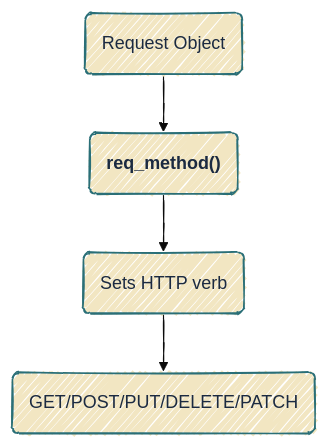
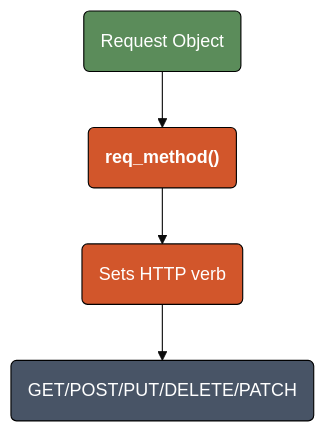
The second of 6 diagrams in r-app-api.qmd (mjfrigaard/do4ds-labs), drawn with Mermaid before and after one commit. The commit also changed other lines of this file and 48 other files, not shown here.

````diff
--- a/r-app-api.qmd
+++ b/r-app-api.qmd
@@ -283,13 +285,16 @@
 ```{mermaid}
 %%| fig-width: 6.5
-%%| fig-align: center
-%%{init: {'theme': 'base', 'look': 'handDrawn', 'themeVariables': {'fontFamily': 'monospace'}}}%%
+%%| fig-align: 'center'
+%%{init: {'theme': 'base', 'themeVariables': {'fontFamily': 'monospace'}}}%%
 
 graph TD
 	A("Request Object") --> B("<strong>req_method()</strong>")
 	B --> C("Sets HTTP verb")
 	C --> D("GET/POST/PUT/DELETE/PATCH")
-    classDef default fill:#F2E6C2,stroke:#2A6F77,color:#1B2A41
+    style A fill:#5B8C5A,stroke:#000000,stroke-width:1px,color:#ffffff
+    style B fill:#D2562B,stroke:#000000,stroke-width:1px,color:#ffffff
+    style C fill:#D2562B,stroke:#000000,stroke-width:1px,color:#ffffff
+    style D fill:#485466,stroke:#000000,stroke-width:1px,color:#ffffff
 
 
 ```
````
